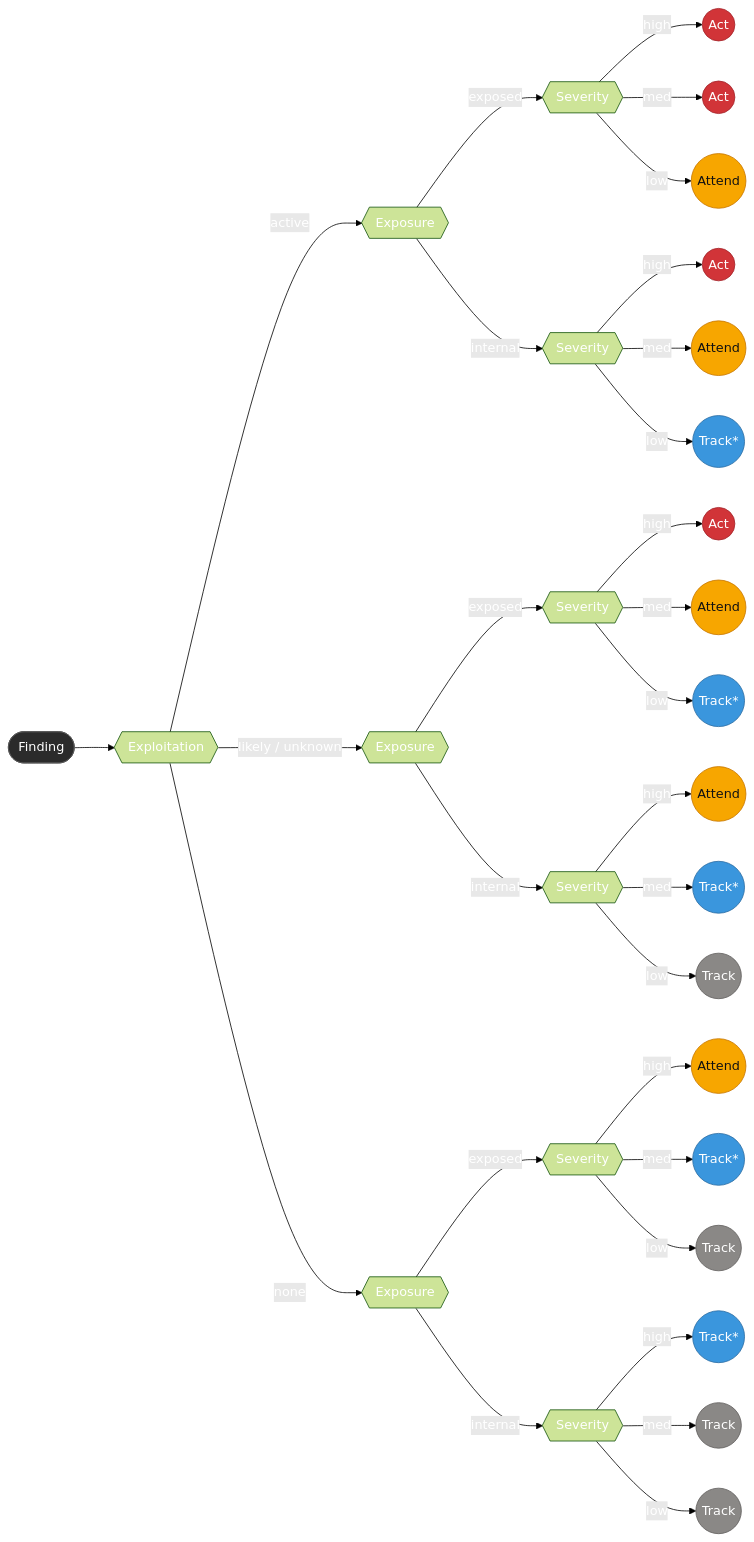
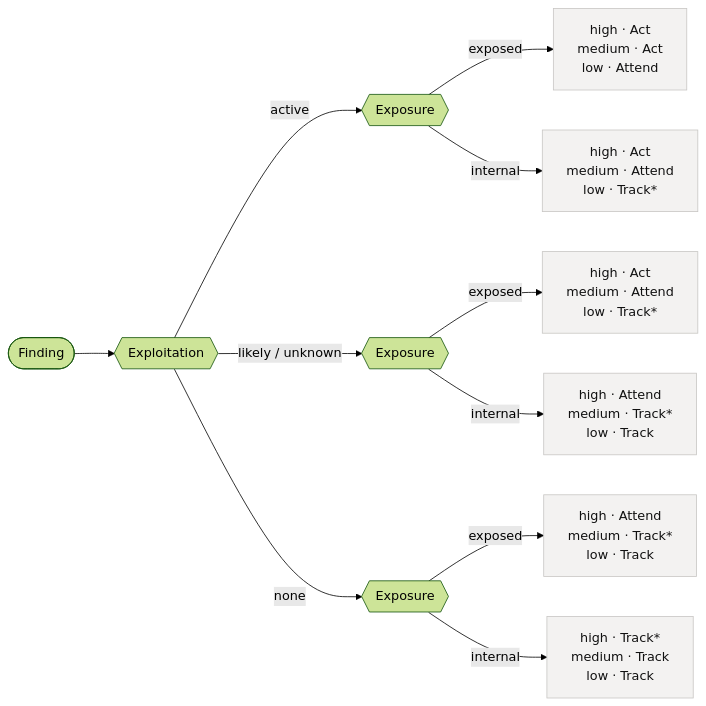
One commit to INARI18/MulitaMiner2 changed the diagram in docs/PRIORITIZATION.md. Above: the diagram before and after it, drawn with Mermaid (forest theme).

Commit message:
docs: compact 6-leaf decision tree, severity inside each leaf

````diff
--- a/docs/PRIORITIZATION.md
+++ b/docs/PRIORITIZATION.md
@@ -85,40 +85,18 @@
 ```mermaid
 flowchart LR
-    F([Finding]):::root --> E{{Exploitation}}
+    F([Finding]) --> E{{Exploitation}}
 
     E -->|active| A{{Exposure}}
     E -->|likely / unknown| L{{Exposure}}
     E -->|none| N{{Exposure}}
 
-    A -->|exposed| Ae{{Severity}}
-    A -->|internal| Ai{{Severity}}
-    L -->|exposed| Le{{Severity}}
-    L -->|internal| Li{{Severity}}
-    N -->|exposed| Ne{{Severity}}
-    N -->|internal| Ni{{Severity}}
+    A -->|exposed| A1["high · Act<br>medium · Act<br>low · Attend"]
+    A -->|internal| A2["high · Act<br>medium · Attend<br>low · Track*"]
+    L -->|exposed| L1["high · Act<br>medium · Attend<br>low · Track*"]
+    L -->|internal| L2["high · Attend<br>medium · Track*<br>low · Track"]
+    N -->|exposed| N1["high · Attend<br>medium · Track*<br>low · Track"]
+    N -->|internal| N2["high · Track*<br>medium · Track<br>low · Track"]
 
-    Ae -->|high| r1((Act)):::act
-    Ae -->|med| r2((Act)):::act
-    Ae -->|low| r3((Attend)):::att
-    Ai -->|high| r4((Act)):::act
-    Ai -->|med| r5((Attend)):::att
-    Ai -->|low| r6(("Track*")):::trs
-    Le -->|high| r7((Act)):::act
-    Le -->|med| r8((Attend)):::att
-    Le -->|low| r9(("Track*")):::trs
-    Li -->|high| r10((Attend)):::att
-    Li -->|med| r11(("Track*")):::trs
-    Li -->|low| r12((Track)):::trk
-    Ne -->|high| r13((Attend)):::att
-    Ne -->|med| r14(("Track*")):::trs
-    Ne -->|low| r15((Track)):::trk
-    Ni -->|high| r16(("Track*")):::trs
-    Ni -->|med| r17((Track)):::trk
-    Ni -->|low| r18((Track)):::trk
-
-    classDef root fill:#2b2b2b,color:#fff,stroke:#555;
-    classDef act fill:#d13438,color:#fff,stroke:#a4262c;
-    classDef att fill:#f7a600,color:#111,stroke:#c77700;
-    classDef trs fill:#3a96dd,color:#fff,stroke:#2b6ca3;
-    classDef trk fill:#8a8886,color:#fff,stroke:#605e5c;
+    classDef leaf fill:#f3f2f1,color:#111,stroke:#c8c6c4;
+    class A1,A2,L1,L2,N1,N2 leaf;
 ```
````
